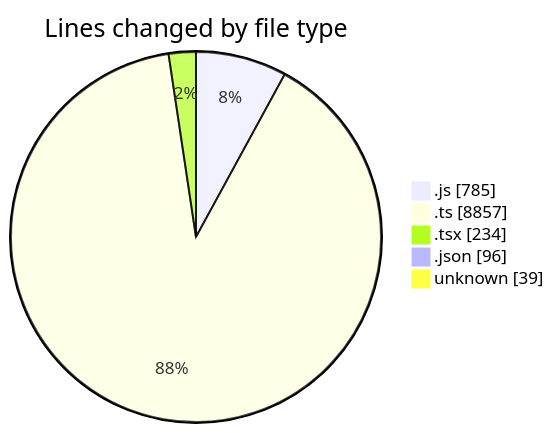
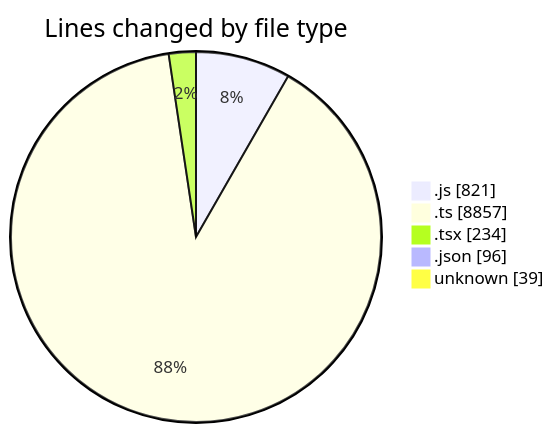
Before and after one commit to momahboobian/code-tracking: the first of 2 diagrams in 2025-05-14/cda/README.md, drawn with Mermaid. The commit also changed other lines of this file and 1 other file, not shown here.

````diff
--- a/2025-05-14/cda/README.md
+++ b/2025-05-14/cda/README.md
@@ -30,9 +30,9 @@
 ```mermaid
 pie showData
 title Lines changed by file type
-".js" : 785
+".js" : 821
 ".ts" : 8857
 ".tsx" : 234
 ".json" : 96
 "unknown" : 39
 ```
````
